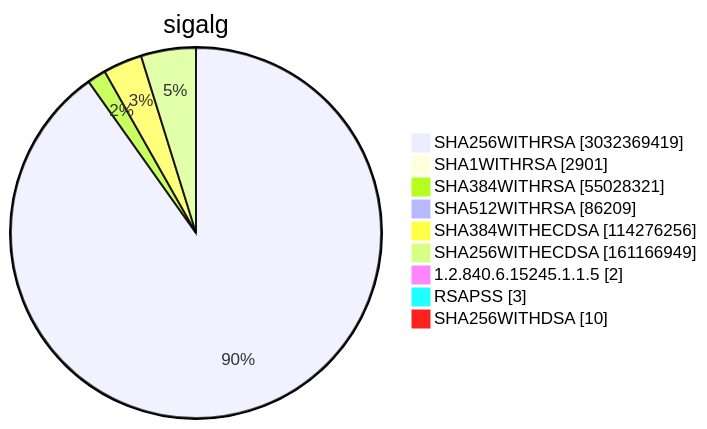
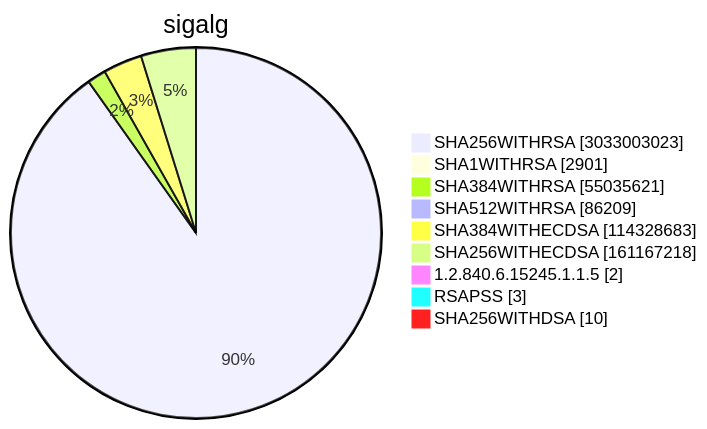
Diagram 15 of 15 in TOTAL/README.md (christiankrug/ctmonitor_visualization), drawn with Mermaid before and after one commit. The commit also changed other lines of this file, not shown here.

````diff
--- a/TOTAL/README.md
+++ b/TOTAL/README.md
@@ -6208,13 +6208,13 @@
 ```mermaid
 pie showData
 title sigalg
-"SHA256WITHRSA" :3032369419
+"SHA256WITHRSA" :3033003023
 "SHA1WITHRSA" :2901
-"SHA384WITHRSA" :55028321
+"SHA384WITHRSA" :55035621
 "SHA512WITHRSA" :86209
-"SHA384WITHECDSA" :114276256
-"SHA256WITHECDSA" :161166949
+"SHA384WITHECDSA" :114328683
+"SHA256WITHECDSA" :161167218
 "1.2.840.6.15245.1.1.5" :2
 "RSAPSS" :3
 "SHA256WITHDSA" :10
 ```
````
